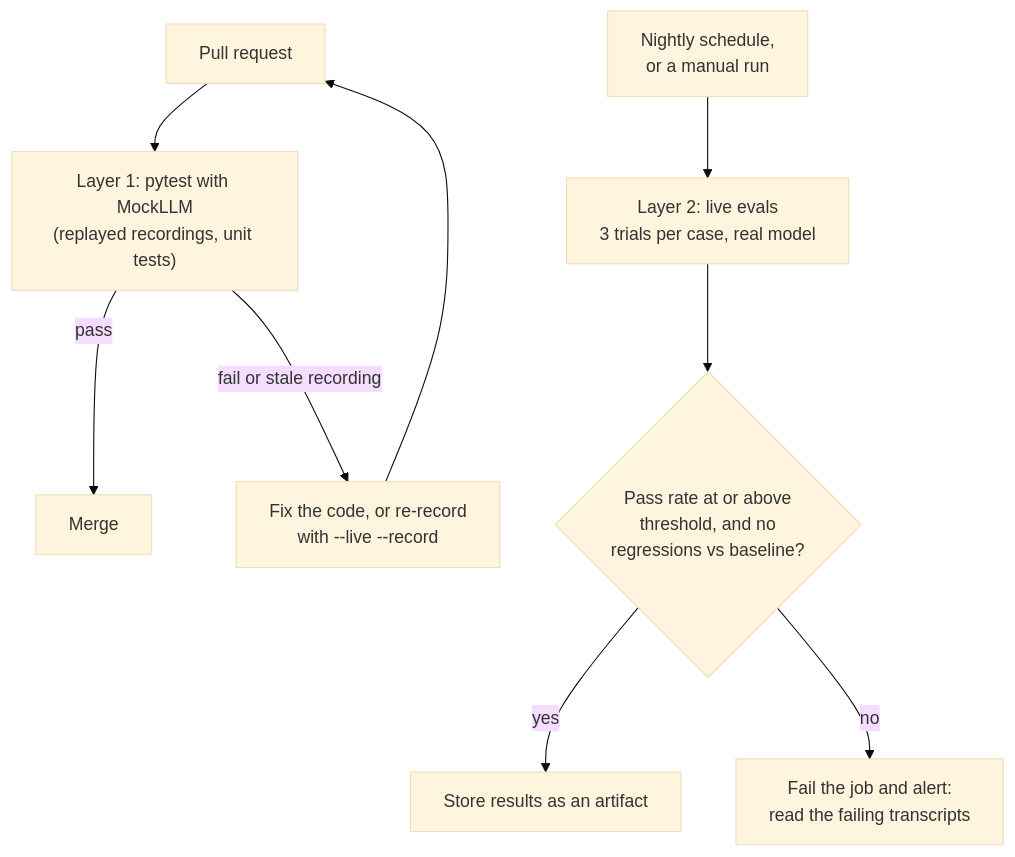
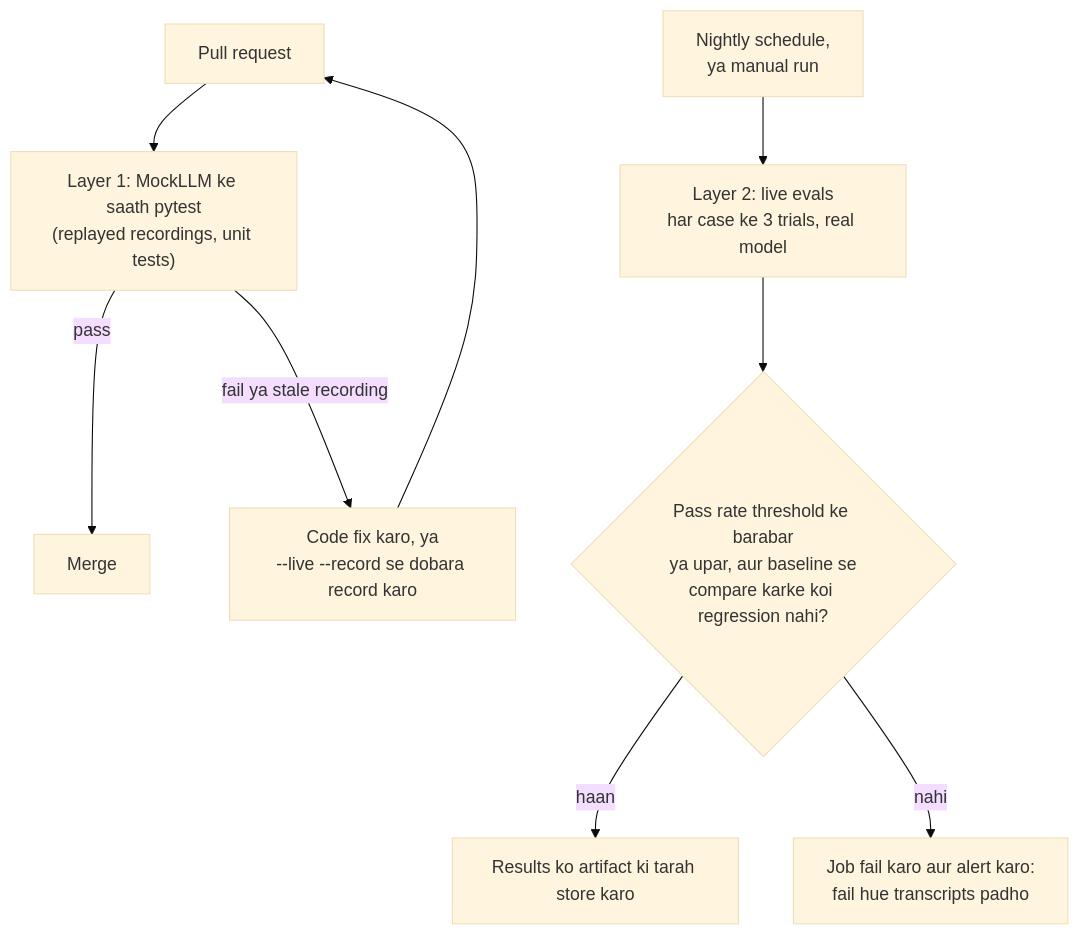
Before and after one commit to asmustechno/agentic-ai-notes: the diagram in docs/12-evaluation/12.5-regression-testing-in-ci.md, drawn with Mermaid (base theme). The commit also changed other lines of this file and 135 other files, not shown here.

````diff
--- a/docs/12-evaluation/12.5-regression-testing-in-ci.md
+++ b/docs/12-evaluation/12.5-regression-testing-in-ci.md
@@ -48,11 +48,11 @@
 ```mermaid
 flowchart TB
-    PR["Pull request"] --> T1["Layer 1: pytest with MockLLM<br/>(replayed recordings, unit tests)"]
+    PR["Pull request"] --> T1["Layer 1: MockLLM ke saath pytest<br/>(replayed recordings, unit tests)"]
     T1 -->|pass| M["Merge"]
-    T1 -->|"fail or stale recording"| FIX["Fix the code, or re-record<br/>with --live --record"]
+    T1 -->|"fail ya stale recording"| FIX["Code fix karo, ya<br/>--live --record se dobara record karo"]
     FIX --> PR
-    CRON["Nightly schedule,<br/>or a manual run"] --> T2["Layer 2: live evals<br/>3 trials per case, real model"]
-    T2 --> G{"Pass rate at or above<br/>threshold, and no<br/>regressions vs baseline?"}
-    G -->|yes| OK["Store results as an artifact"]
-    G -->|no| AL["Fail the job and alert:<br/>read the failing transcripts"]
+    CRON["Nightly schedule,<br/>ya manual run"] --> T2["Layer 2: live evals<br/>har case ke 3 trials, real model"]
+    T2 --> G{"Pass rate threshold ke barabar<br/>ya upar, aur baseline se<br/>compare karke koi regression nahi?"}
+    G -->|haan| OK["Results ko artifact ki tarah store karo"]
+    G -->|nahi| AL["Job fail karo aur alert karo:<br/>fail hue transcripts padho"]
 ```
````
